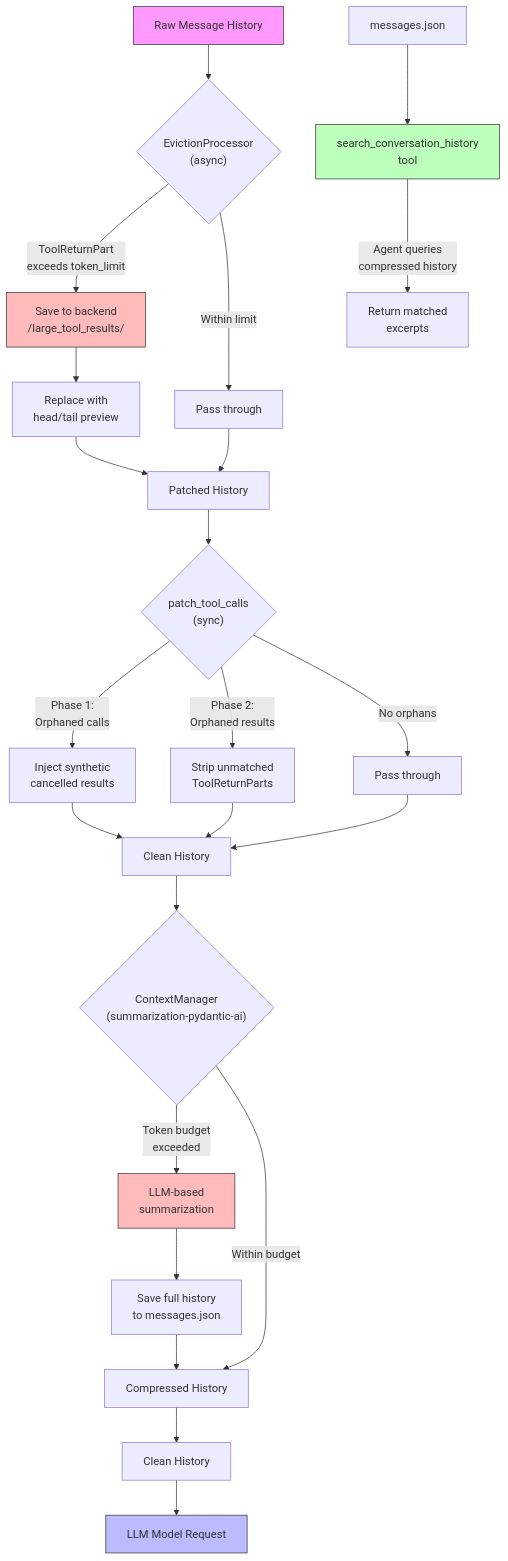
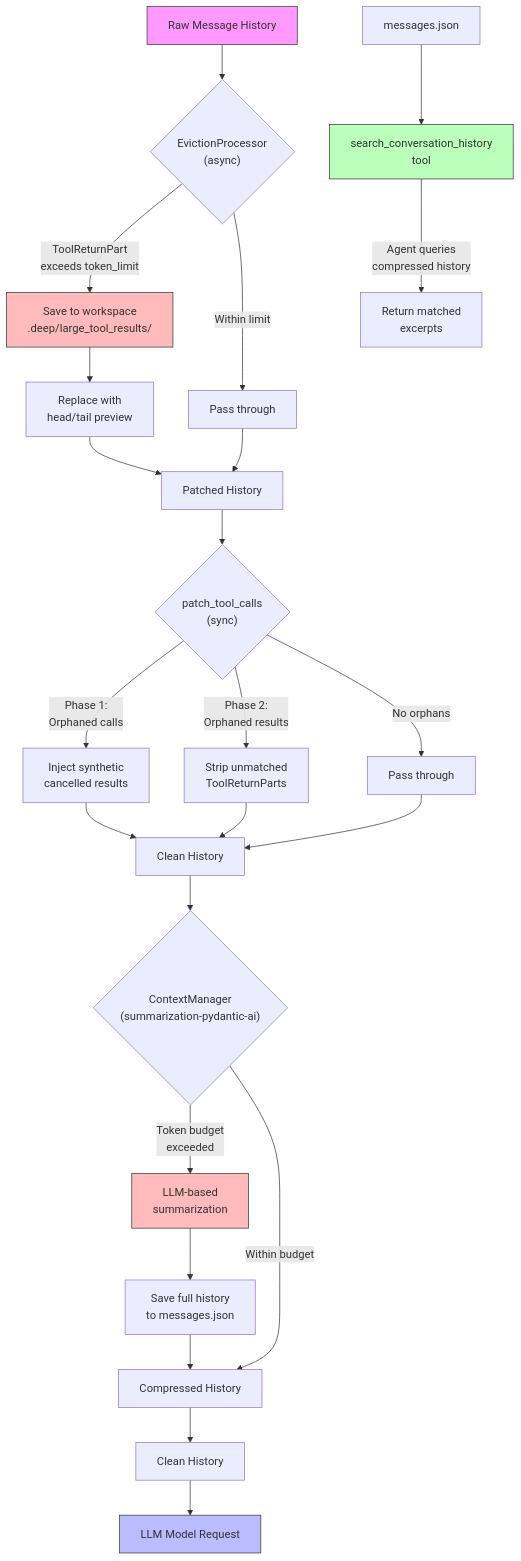
The third of 3 diagrams in docs/c4/4b-deep-dive-toolsets-and-capabilities.md (Seven-94/pydantic-deepagents), drawn with Mermaid before and after one commit. The commit also changed other lines of this file and 177 other files, not shown here.

````diff
--- a/docs/c4/4b-deep-dive-toolsets-and-capabilities.md
+++ b/docs/c4/4b-deep-dive-toolsets-and-capabilities.md
@@ -833,35 +835,35 @@
 ```mermaid
 flowchart TD
     A["Raw Message History"] --> B{"EvictionProcessor<br/>(async)"}
-    B -->|"ToolReturnPart<br/>exceeds token_limit"| C["Save to backend<br/>/large_tool_results/"]
+    B -->|"ToolReturnPart<br/>exceeds token_limit"| C["Save to workspace<br/>.deep/large_tool_results/"]
     C --> D["Replace with<br/>head/tail preview"]
     B -->|"Within limit"| E["Pass through"]
     D --> F["Patched History"]
     E --> F
 
     F --> G{"patch_tool_calls<br/>(sync)"}
     G -->|"Phase 1:<br/>Orphaned calls"| H["Inject synthetic<br/>cancelled results"]
     G -->|"Phase 2:<br/>Orphaned results"| I["Strip unmatched<br/>ToolReturnParts"]
     G -->|"No orphans"| J["Pass through"]
     H --> K["Clean History"]
     I --> K
     J --> K
 
     K --> L{"ContextManager<br/>(summarization-pydantic-ai)"}
     L -->|"Token budget<br/>exceeded"| M["LLM-based<br/>summarization"]
     M --> N["Save full history<br/>to messages.json"]
     N --> O["Compressed History"]
     L -->|"Within budget"| O
 
     O --> P["Clean History"]
     P --> Q["LLM Model Request"]
 
     R["messages.json"] --> S["search_conversation_history<br/>tool"]
     S -->|"Agent queries<br/>compressed history"| T["Return matched<br/>excerpts"]
 
     style A fill:#f9f,stroke:#333
     style Q fill:#bbf,stroke:#333
     style C fill:#fbb,stroke:#333
     style M fill:#fbb,stroke:#333
     style S fill:#bfb,stroke:#333
 ```
````
